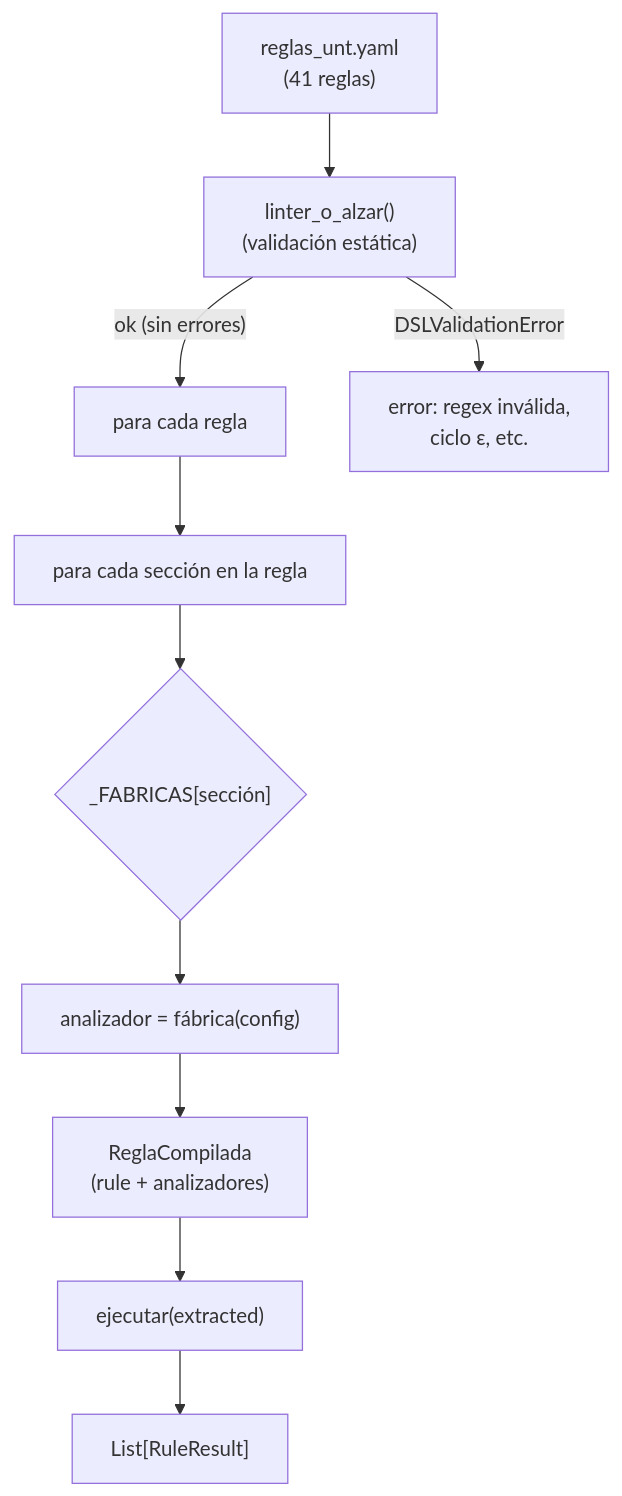
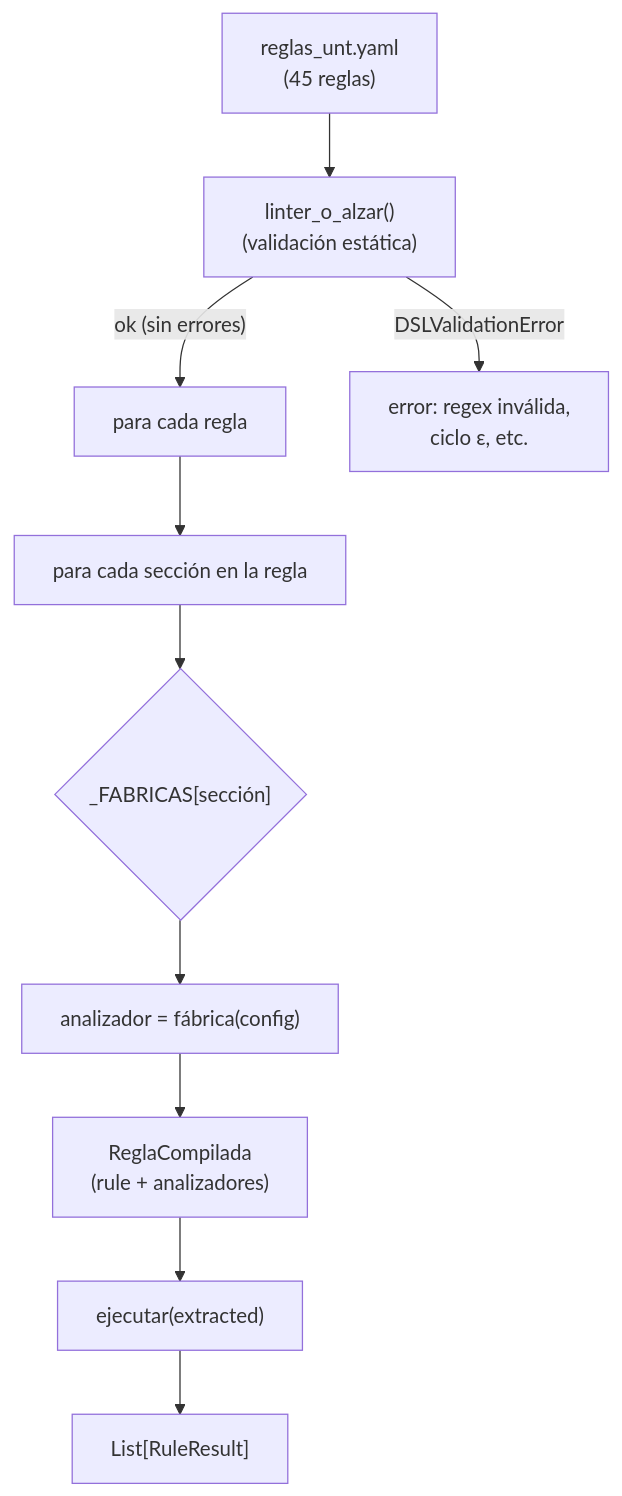
One commit to IvanSanchezSil/vistobueno changed the first of 4 diagrams in docs/diseno/05_compilador_linter.md. Above: the diagram before and after it, drawn with Mermaid. The commit also changed other lines of this file and 12 other files, not shown here.

````diff
--- a/docs/diseno/05_compilador_linter.md
+++ b/docs/diseno/05_compilador_linter.md
@@ -14,12 +14,12 @@
 ```mermaid
 flowchart TD
-    YAML["reglas_unt.yaml<br/>(41 reglas)"] --> LINT["linter_o_alzar()<br/>(validación estática)"]
+    YAML["reglas_unt.yaml<br/>(45 reglas)"] --> LINT["linter_o_alzar()<br/>(validación estática)"]
     LINT -- "ok (sin errores)" --> LOOP["para cada regla"]
     LINT -- "DSLValidationError" --> F["error: regex inválida,<br/>ciclo ε, etc."]
     LOOP --> SECC["para cada sección en la regla"]
     SECC --> FAB{"_FABRICAS[sección]"}
     FAB --> AN["analizador = fábrica(config)"]
     AN --> RC["ReglaCompilada<br/>(rule + analizadores)"]
     RC --> RUN["ejecutar(extracted)"]
     RUN --> RR["List[RuleResult]"]
 ```
````
